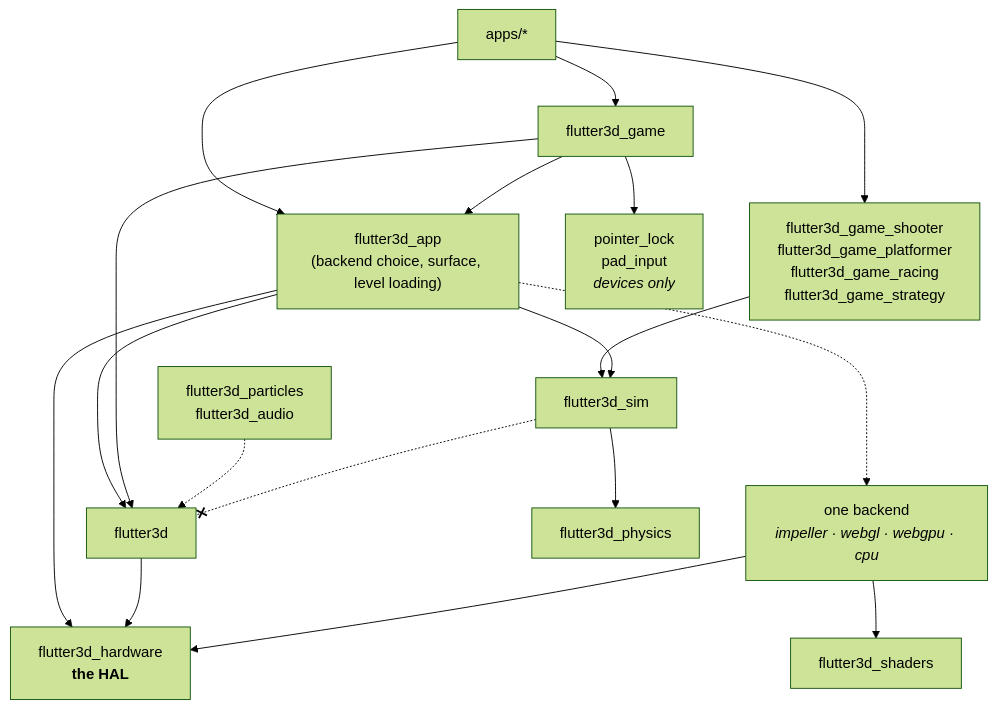
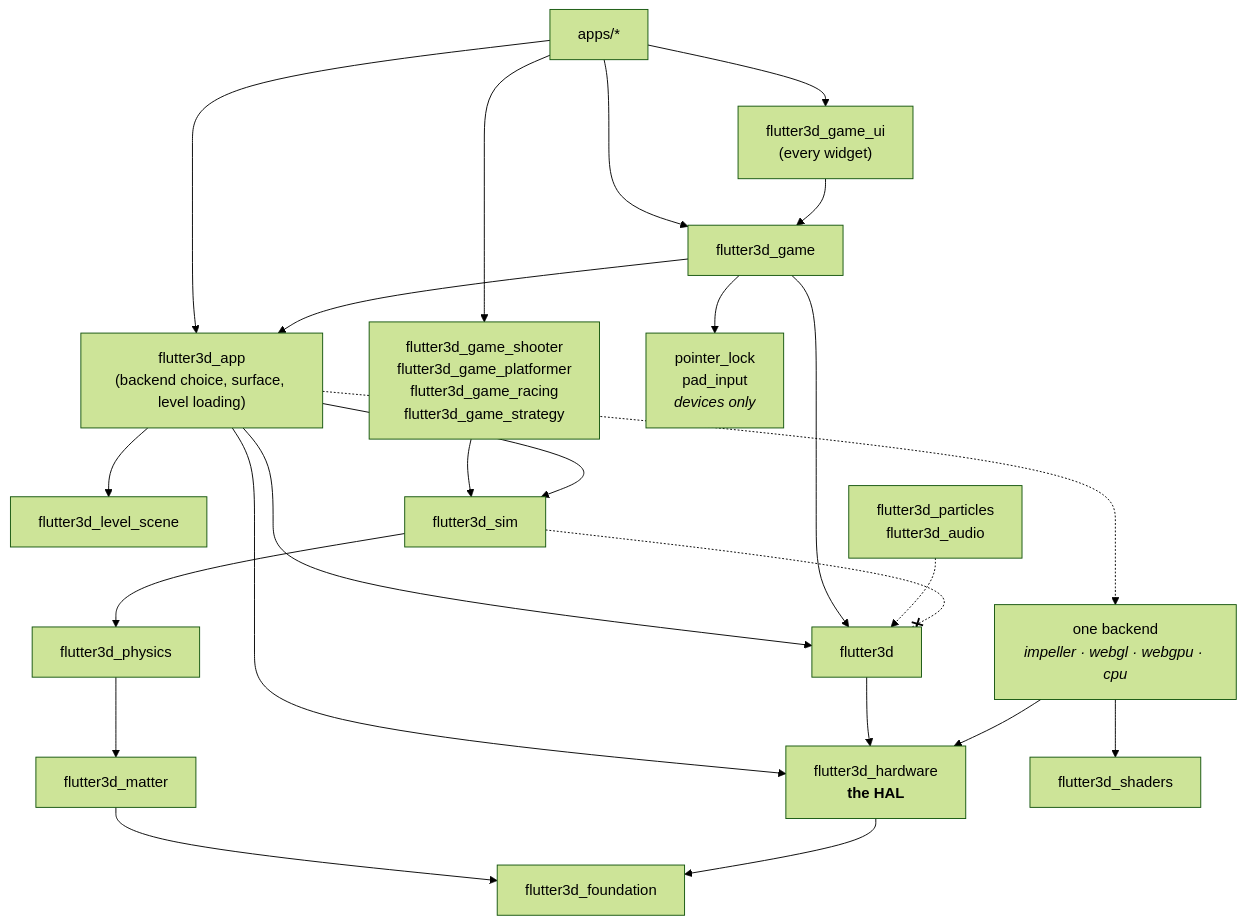
One commit to pleiondev/flutter3d changed the diagram in site/content/reference/packages.md. Above: the diagram before and after it, drawn with Mermaid (forest theme). The commit also changed other lines of this file and 88 other files, not shown here.

````diff
--- a/site/content/reference/packages.md
+++ b/site/content/reference/packages.md
@@ -343,22 +383,28 @@
 ```mermaid
 flowchart TB
   apps["apps/*"] --> genres["flutter3d_game_shooter<br>flutter3d_game_platformer<br>flutter3d_game_racing<br>flutter3d_game_strategy"]
   apps --> game["flutter3d_game"]
   apps --> app["flutter3d_app<br>(backend choice, surface, level loading)"]
   game --> app
+  gameui["flutter3d_game_ui<br>(every widget)"] --> game
+  apps --> gameui
+  app --> levelscene["flutter3d_level_scene"]
   genres --> sim["flutter3d_sim"]
   app --> gfx["flutter3d_hardware<br><b>the HAL</b>"]
   app -.-> onebackend["one backend<br><i>impeller · webgl · webgpu · cpu</i>"]
   app --> engine["flutter3d"]
   app --> sim
   game --> engine
   sim --> physics["flutter3d_physics"]
+  physics --> matter["flutter3d_matter"]
+  matter --> foundation["flutter3d_foundation"]
+  gfx --> foundation
   engine --> gfx
   onebackend --> gfx
   onebackend --> shaders["flutter3d_shaders"]
   extras["flutter3d_particles<br>flutter3d_audio"] -.-> engine
   game --> devices["pointer_lock<br>pad_input<br><i>devices only</i>"]
 
   classDef forbidden stroke-dasharray: 4 3
   sim -.-x engine
 ```
````
